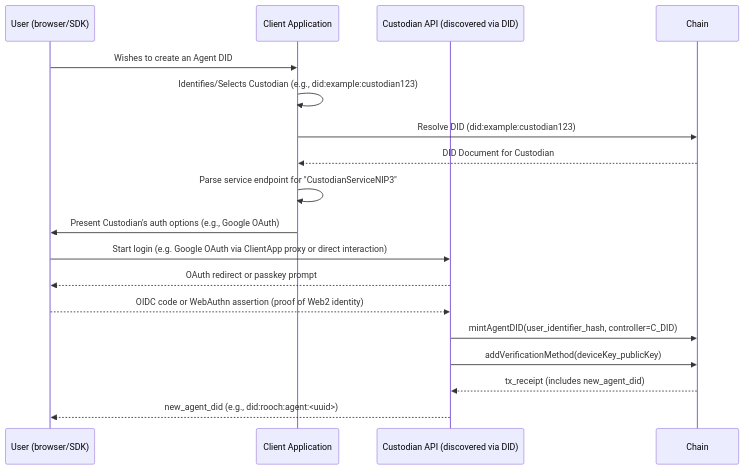
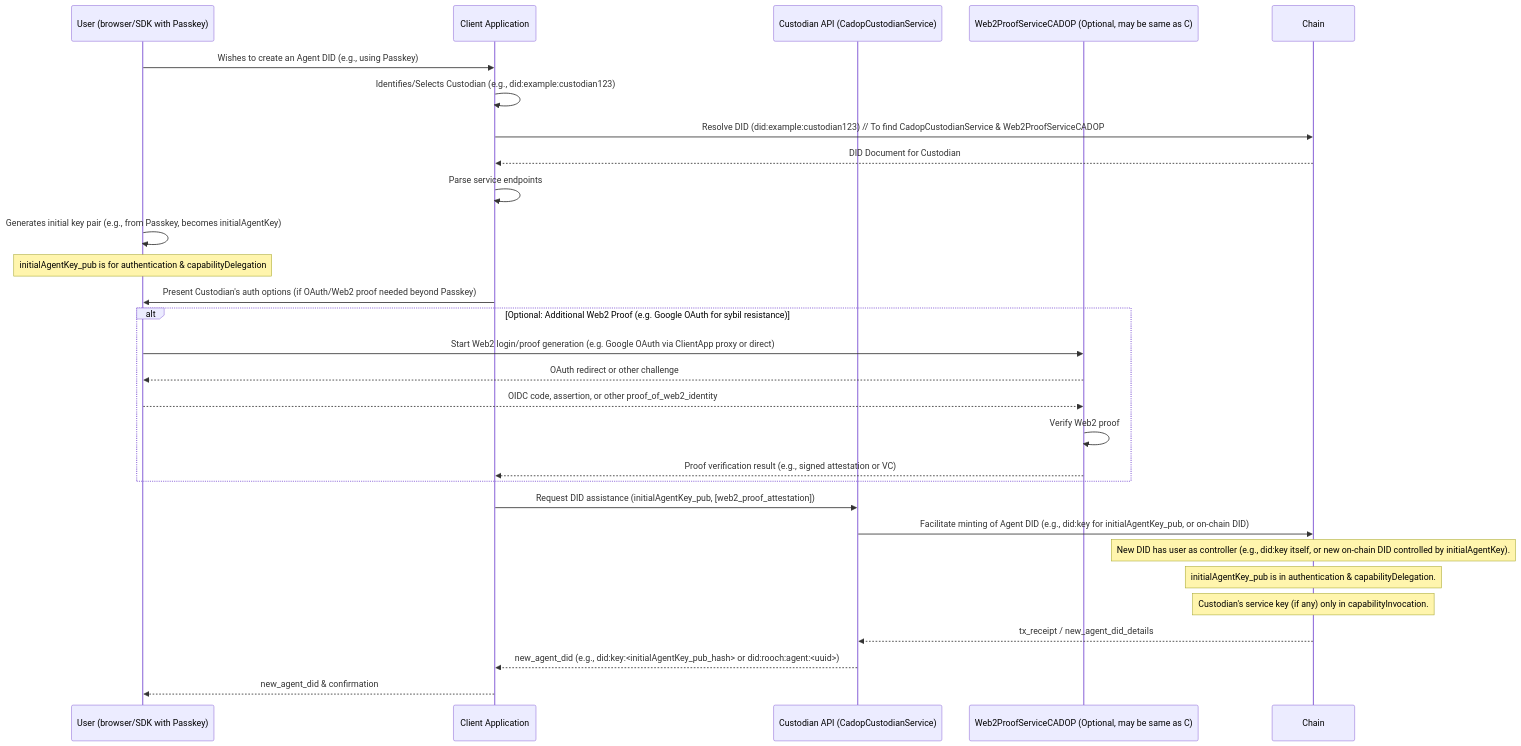
One commit to nuwa-protocol/NIPs changed the diagram in nips/nip-3.md. Above: the diagram before and after it, drawn with Mermaid. The commit also changed other lines of this file and 1 other file, not shown here.

Commit message:
nip3 to Custodian-Assisted DID Onboarding Protocol (CADOP)

````diff
--- a/nips/nip-3.md
+++ b/nips/nip-3.md
@@ -87,21 +135,36 @@
 ```mermaid
 sequenceDiagram
-    participant U as User (browser/SDK)
+    participant U as User (browser/SDK with Passkey)
     participant ClientApp as Client Application
-    participant C as Custodian API (discovered via DID)
+    participant C as Custodian API (CadopCustodianService)
+    participant P as Web2ProofServiceCADOP (Optional, may be same as C)
     participant Chain
 
-    U->>ClientApp: Wishes to create an Agent DID
+    U->>ClientApp: Wishes to create an Agent DID (e.g., using Passkey)
     ClientApp->>ClientApp: Identifies/Selects Custodian (e.g., did:example:custodian123)
-    ClientApp->>Chain: Resolve DID (did:example:custodian123)
+    ClientApp->>Chain: Resolve DID (did:example:custodian123) // To find CadopCustodianService & Web2ProofServiceCADOP
     Chain-->>ClientApp: DID Document for Custodian
-    ClientApp->>ClientApp: Parse service endpoint for "CustodianServiceNIP3"
-    ClientApp->>U: Present Custodian's auth options (e.g., Google OAuth)
-    U->>C: Start login (e.g. Google OAuth via ClientApp proxy or direct interaction)
-    C-->>U: OAuth redirect or passkey prompt
-    U-->>C: OIDC code or WebAuthn assertion (proof of Web2 identity)
-    C->>Chain: mintAgentDID(user_identifier_hash, controller=C_DID)
-    C->>Chain: addVerificationMethod(deviceKey_publicKey) # deviceKey is generated by U's browser/SDK
-    Chain-->>C: tx_receipt (includes new_agent_did)
-    C-->>U: new_agent_did (e.g., did:rooch:agent:<uuid>)
+    ClientApp->>ClientApp: Parse service endpoints
+
+    U->>U: Generates initial key pair (e.g., from Passkey, becomes initialAgentKey)
+    Note over U: initialAgentKey_pub is for authentication & capabilityDelegation
+
+    ClientApp->>U: Present Custodian's auth options (if OAuth/Web2 proof needed beyond Passkey)
+    alt Optional: Additional Web2 Proof (e.g. Google OAuth for sybil resistance)
+        U->>P: Start Web2 login/proof generation (e.g. Google OAuth via ClientApp proxy or direct)
+        P-->>U: OAuth redirect or other challenge
+        U-->>P: OIDC code, assertion, or other proof_of_web2_identity
+        P->>P: Verify Web2 proof
+        P-->>ClientApp: Proof verification result (e.g., signed attestation or VC)
+    end
+
+    ClientApp->>C: Request DID assistance (initialAgentKey_pub, [web2_proof_attestation])
+    C->>Chain: Facilitate minting of Agent DID (e.g., did:key for initialAgentKey_pub, or on-chain DID)
+    Note over Chain: New DID has user as controller (e.g., did:key itself, or new on-chain DID controlled by initialAgentKey).
+    Note over Chain: initialAgentKey_pub is in authentication & capabilityDelegation.
+    Note over Chain: Custodian's service key (if any) only in capabilityInvocation.
+    Chain-->>C: tx_receipt / new_agent_did_details
+    C-->>ClientApp: new_agent_did (e.g., did:key:<initialAgentKey_pub_hash> or did:rooch:agent:<uuid>)
+    ClientApp-->>U: new_agent_did & confirmation
+
 ```
````
